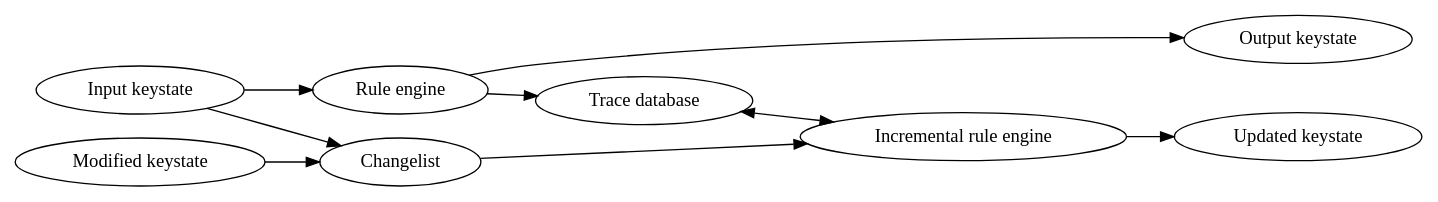
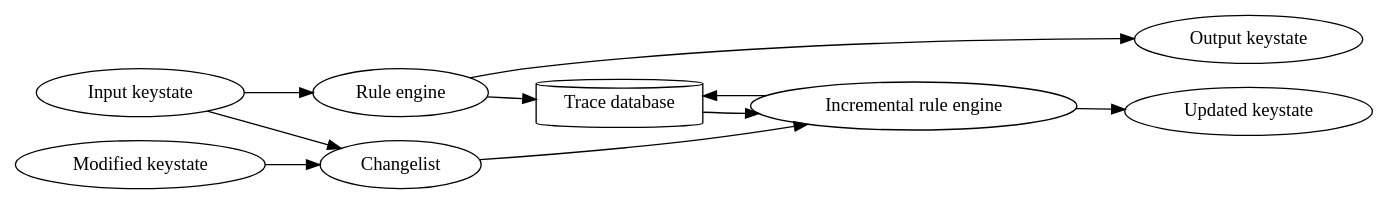
One commit to Mathnerd314/stroscot changed the first of 2 diagrams in docs/Commentary/Libraries/BuildSystem.rst. Above: the diagram before and after it, drawn with Graphviz. The commit also changed 23 other files, not shown here.

```diff
--- a/docs/Commentary/Libraries/BuildSystem.rst
+++ b/docs/Commentary/Libraries/BuildSystem.rst
@@ -26,26 +26,29 @@
 .. graphviz::
 
   digraph foo {
     rankdir=LR;
     {
     rank=same
     IKey [label="Input keystate"]
     IKey2 [label="Modified keystate"]
     }
     IKey -> "Rule engine"
     "Rule engine" -> OKey
     {
     rank=same
     OKey [label="Output keystate"]
     OKey2 [label="Updated keystate"]
     }
 
+    "Trace database" [shape=cylinder]
+
     "Rule engine" -> "Trace database"
-    "Trace database" -> "Incremental rule engine" [dir=both]
+    "Trace database" -> "Incremental rule engine"
+    "Incremental rule engine" -> "Trace database"
 
     IKey -> "Changelist"
     IKey2 -> "Changelist"
 
     "Changelist" -> "Incremental rule engine"
     "Incremental rule engine" -> OKey2
   }
```
